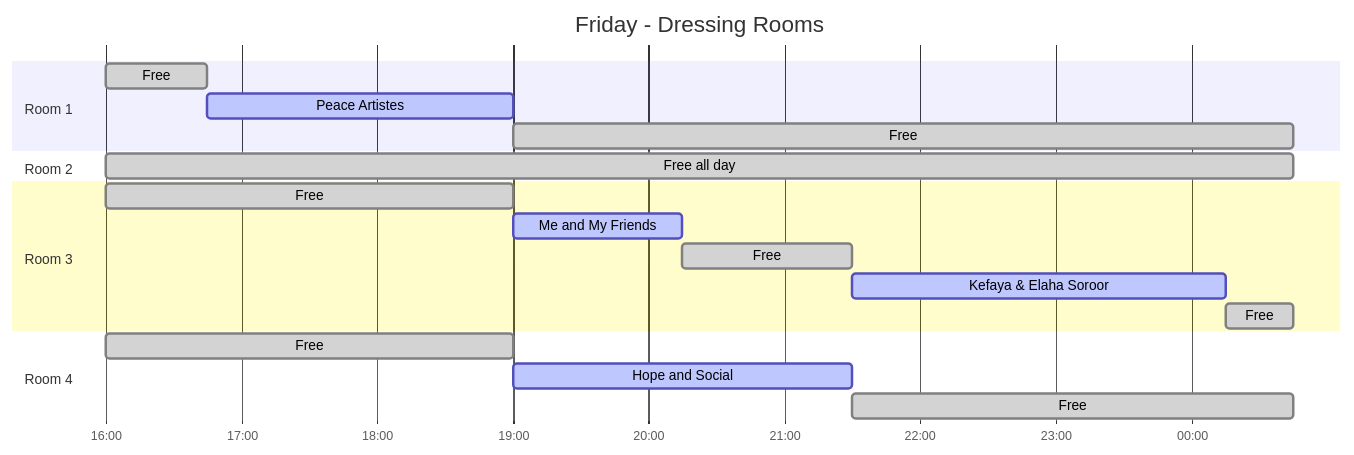
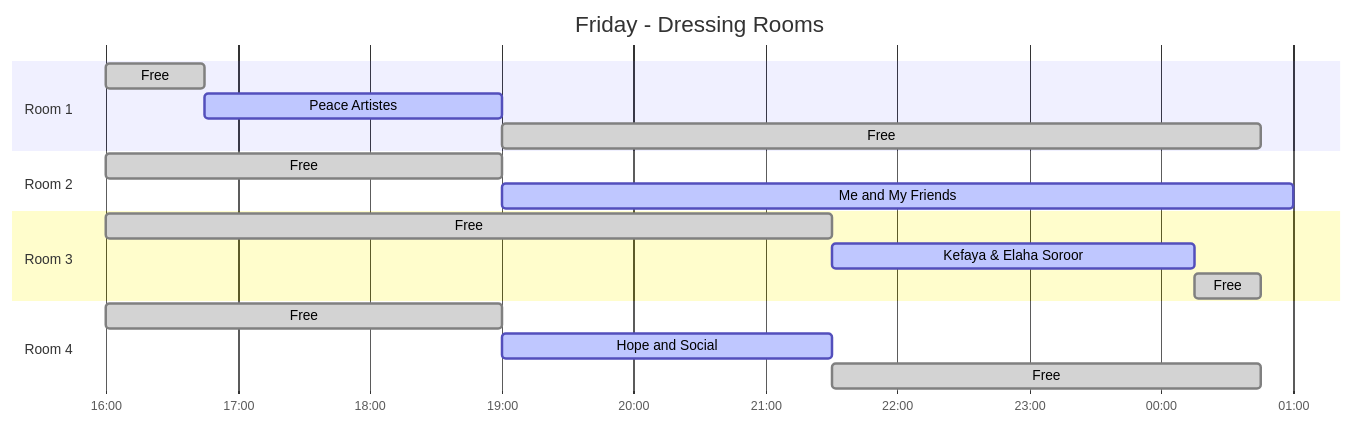
The first of 3 diagrams in Musicport26_DressingRooms.md (rwlloyd/Festivals), drawn with Mermaid before and after one commit. The commit also changed 3 other files, not shown here.

````diff
--- a/Musicport26_DressingRooms.md
+++ b/Musicport26_DressingRooms.md
@@ -11,22 +11,21 @@
 ```mermaid
 gantt
     title Friday - Dressing Rooms
     dateFormat YYYY-MM-DD HH:mm
     axisFormat %H:%M
     section Room 1
     Free :done, 2026-10-16 16:00, 2026-10-16 16:45
     Peace Artistes :active, 2026-10-16 16:45, 2026-10-16 19:00
     Free :done, 2026-10-16 19:00, 2026-10-17 00:45
     section Room 2
-    Free all day :done, 2026-10-16 16:00, 2026-10-17 00:45
+    Free :done, 2026-10-16 16:00, 2026-10-16 19:00
+    Me and My Friends :active, 2026-10-16 19:00, 2026-10-17 01:00
     section Room 3
-    Free :done, 2026-10-16 16:00, 2026-10-16 19:00
-    Me and My Friends :active, 2026-10-16 19:00, 2026-10-16 20:15
-    Free :done, 2026-10-16 20:15, 2026-10-16 21:30
+    Free :done, 2026-10-16 16:00, 2026-10-16 21:30
     Kefaya & Elaha Soroor :active, 2026-10-16 21:30, 2026-10-17 00:15
     Free :done, 2026-10-17 00:15, 2026-10-17 00:45
     section Room 4
     Free :done, 2026-10-16 16:00, 2026-10-16 19:00
     Hope and Social :active, 2026-10-16 19:00, 2026-10-16 21:30
     Free :done, 2026-10-16 21:30, 2026-10-17 00:45
 ```
````
